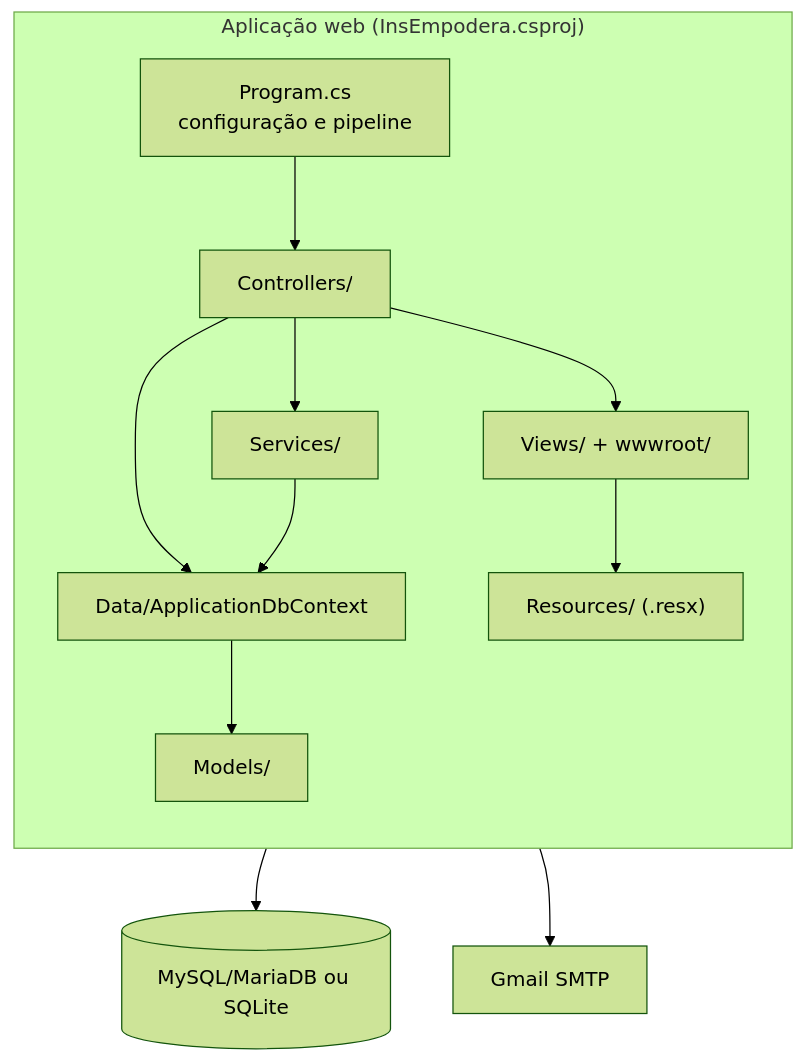
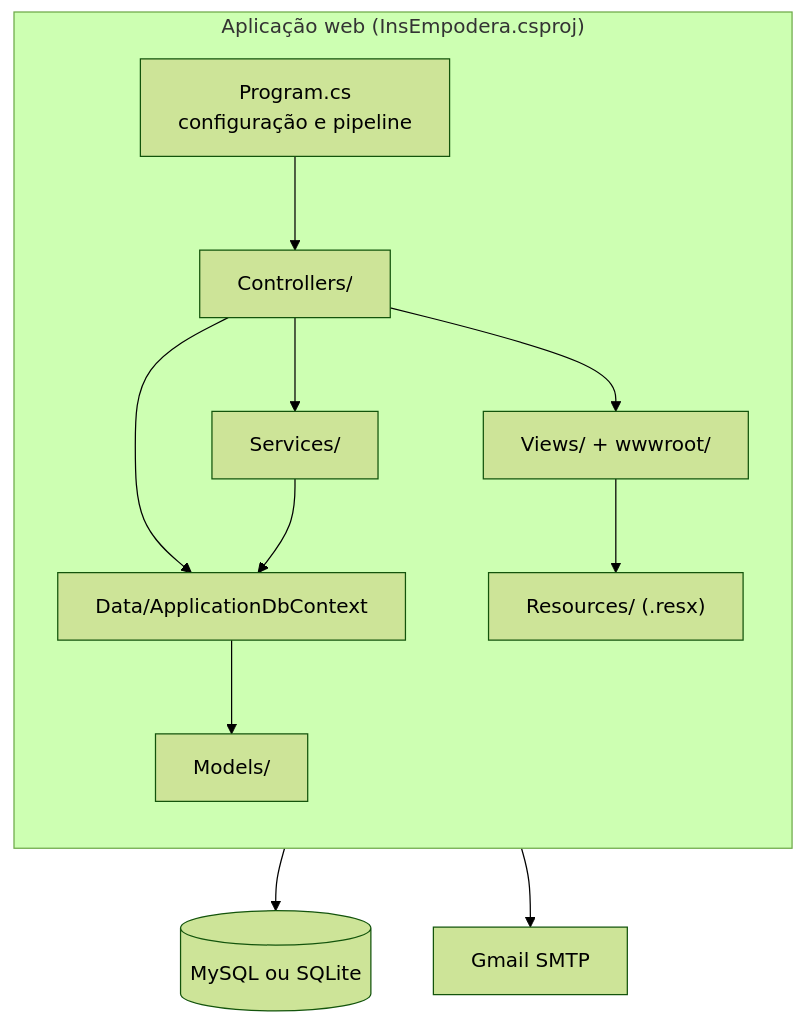
Before and after one commit to Oroboni/InsEmpodera: the first of 5 diagrams in docs/arquitetura.md, drawn with Mermaid (forest theme). The commit also changed 135 other files, not shown here.

````diff
--- a/docs/arquitetura.md
+++ b/docs/arquitetura.md
@@ -30,22 +30,22 @@
 ```mermaid
 flowchart TB
     subgraph Web["Aplicação web (InsEmpodera.csproj)"]
         direction TB
         PG["Program.cs<br/>configuração e pipeline"]
         CT["Controllers/"]
         VW["Views/ + wwwroot/"]
         SV["Services/"]
         MD["Models/"]
         DT["Data/ApplicationDbContext"]
         RS["Resources/ (.resx)"]
     end
     PG --> CT
     CT --> VW
     CT --> SV
     CT --> DT
     SV --> DT
     DT --> MD
     VW --> RS
-    DT --> DB[("MySQL/MariaDB ou SQLite")]
+    DT --> DB[("MySQL ou SQLite")]
     SV --> SMTP["Gmail SMTP"]
 ```
````
